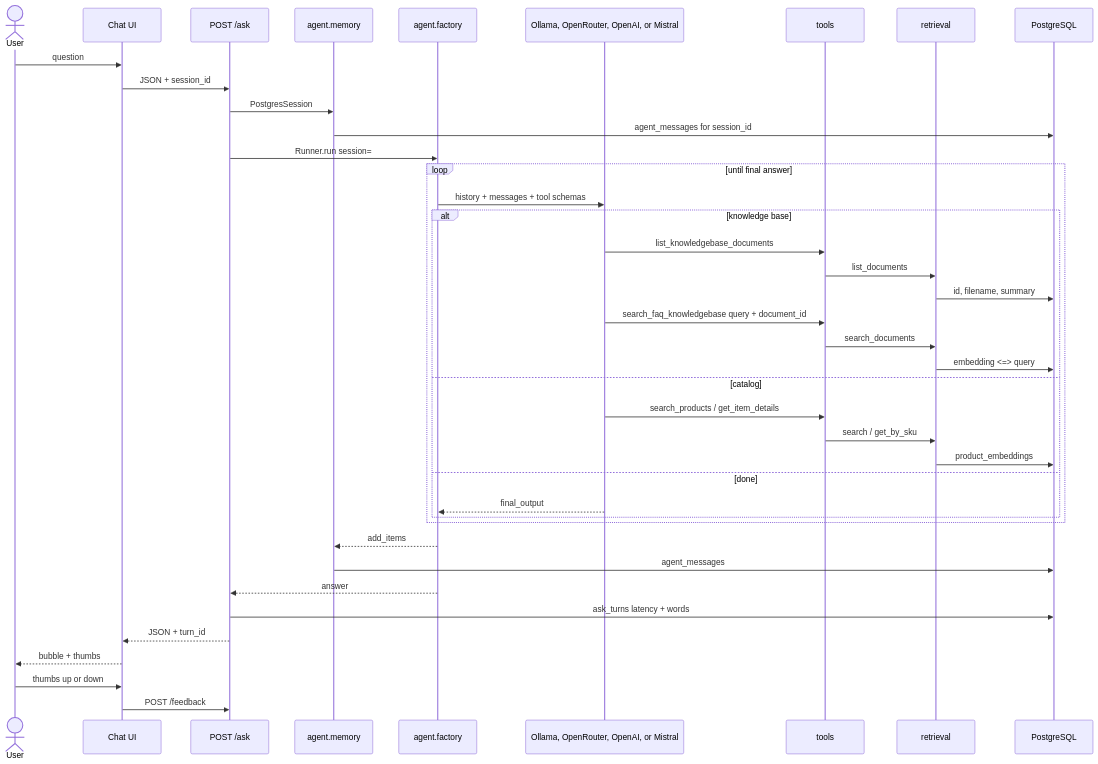
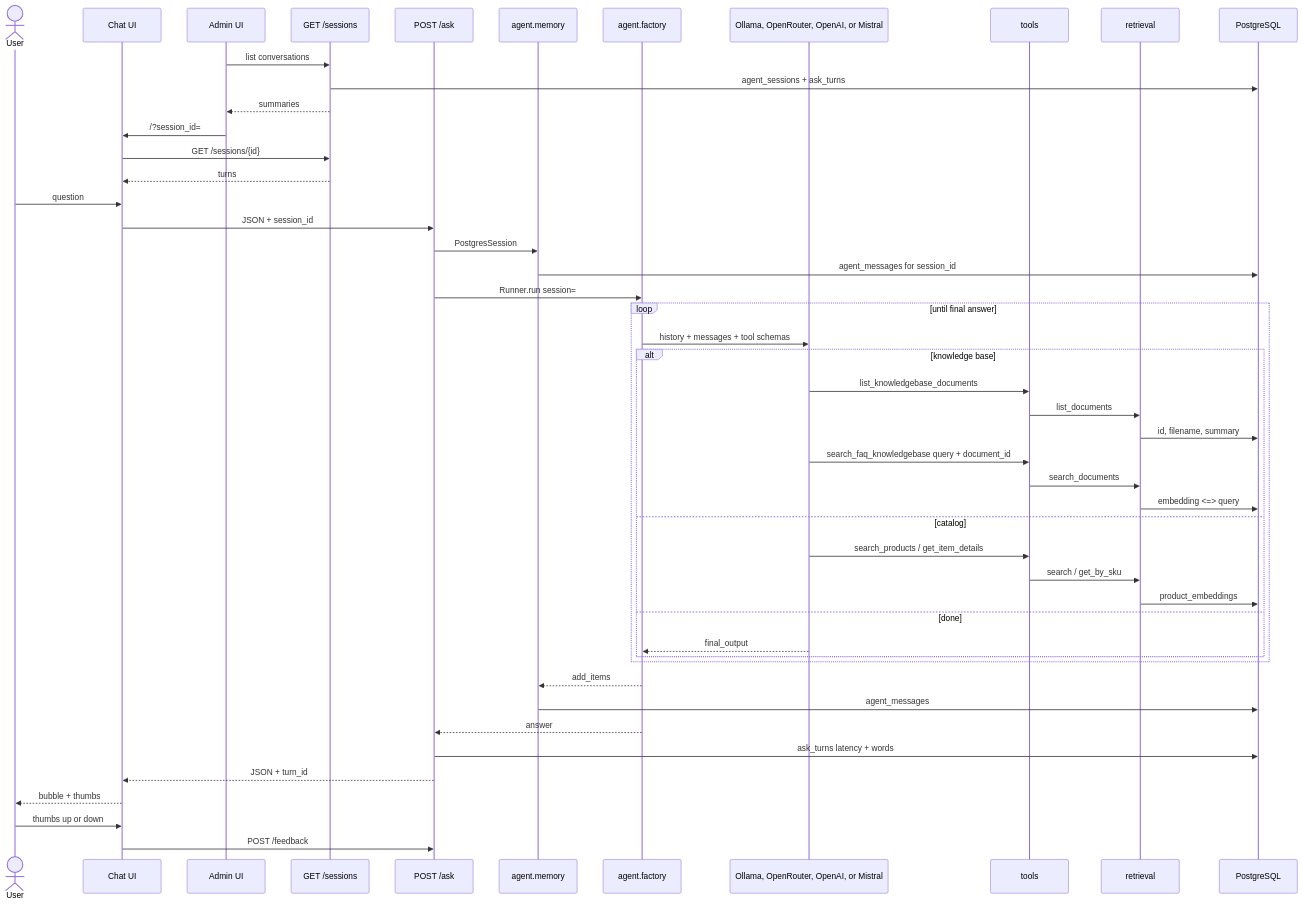
One commit to JJTorresDS/knowledge-agent changed the third of 5 diagrams in architecture.md. Above: the diagram before and after it, drawn with Mermaid. The commit also changed other lines of this file and 118 other files, not shown here.

Commit message:
Created admin view and session id parameter in ask endpoint

````diff
--- a/architecture.md
+++ b/architecture.md
@@ -144,45 +147,53 @@
 ```mermaid
 sequenceDiagram
     actor User
     participant UI as Chat UI
+    participant Admin as Admin UI
+    participant Sessions as GET /sessions
     participant Ask as POST /ask
     participant Memory as agent.memory
     participant Agent as agent.factory
     participant LLM as Ollama, OpenRouter, OpenAI, or Mistral
     participant Tools as tools
     participant Retrieval as retrieval
     participant DB as PostgreSQL
 
+    Admin->>Sessions: list conversations
+    Sessions->>DB: agent_sessions + ask_turns
+    Sessions-->>Admin: summaries
+    Admin->>UI: /?session_id=
+    UI->>Sessions: GET /sessions/{id}
+    Sessions-->>UI: turns
     User->>UI: question
     UI->>Ask: JSON + session_id
     Ask->>Memory: PostgresSession
     Memory->>DB: agent_messages for session_id
     Ask->>Agent: Runner.run session=
 
     loop until final answer
         Agent->>LLM: history + messages + tool schemas
         alt knowledge base
             LLM->>Tools: list_knowledgebase_documents
             Tools->>Retrieval: list_documents
             Retrieval->>DB: id, filename, summary
             LLM->>Tools: search_faq_knowledgebase query + document_id
             Tools->>Retrieval: search_documents
             Retrieval->>DB: embedding <=> query
         else catalog
             LLM->>Tools: search_products / get_item_details
             Tools->>Retrieval: search / get_by_sku
             Retrieval->>DB: product_embeddings
         else done
             LLM-->>Agent: final_output
         end
     end
 
     Agent-->>Memory: add_items
     Memory->>DB: agent_messages
     Agent-->>Ask: answer
     Ask->>DB: ask_turns latency + words
     Ask-->>UI: JSON + turn_id
     UI-->>User: bubble + thumbs
     User->>UI: thumbs up or down
     UI->>Ask: POST /feedback
 ```
````
